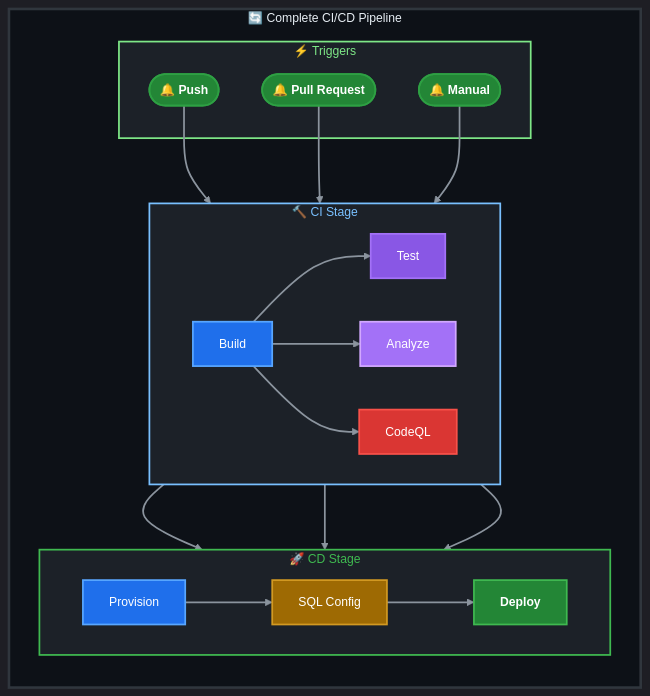
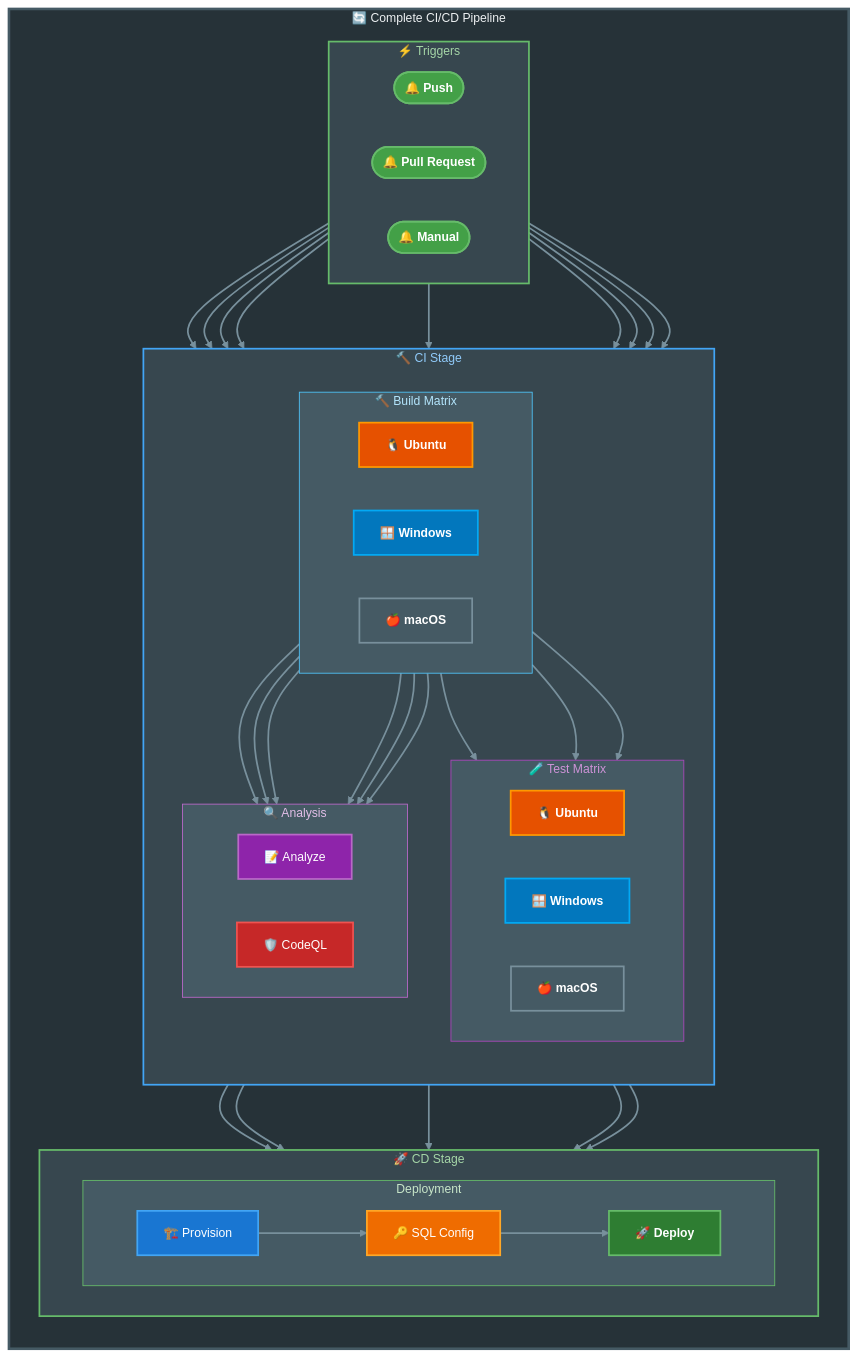
Before and after one commit to Evilazaro/Azure-LogicApps-Monitoring: the second of 2 diagrams in docs/workflows/README.md, drawn with Mermaid.

Commit message:
docs: Enhance pipeline architecture diagrams with improved styling and clarity for better visualization

````diff
--- a/docs/workflows/README.md
+++ b/docs/workflows/README.md
@@ -121,47 +121,86 @@
 ```mermaid
-%%{init: {'theme': 'dark', 'themeVariables': {'fontSize': '14px', 'primaryColor': '#1f6feb', 'lineColor': '#8b949e'}}}%%
+%%{init: {'theme': 'base', 'themeVariables': {'fontSize': '14px', 'primaryColor': '#1976D2', 'lineColor': '#78909C', 'textColor': '#37474F'}}}%%
 flowchart TB
     subgraph pipeline["🔄 Complete CI/CD Pipeline"]
         direction TB
-        style pipeline fill:#0d1117,stroke:#30363d,stroke-width:3px,color:#e6edf3
+        style pipeline fill:#263238,stroke:#455A64,stroke-width:3px,color:#ECEFF1
         
         subgraph triggers["⚡ Triggers"]
-            style triggers fill:#1c2128,stroke:#7ee787,stroke-width:2px,color:#7ee787
+            direction LR
+            style triggers fill:#37474F,stroke:#66BB6A,stroke-width:2px,color:#A5D6A7
             push(["🔔 Push"]):::node-trigger
             pr(["🔔 Pull Request"]):::node-trigger
             manual(["🔔 Manual"]):::node-trigger
         end
         
         subgraph ci["🔨 CI Stage"]
-            direction LR
-            style ci fill:#1c2128,stroke:#79c0ff,stroke-width:2px,color:#79c0ff
-            build["Build"]:::node-build
-            test["Test"]:::node-test
-            analyze["Analyze"]:::node-lint
-            codeql["CodeQL"]:::node-security
+            direction TB
+            style ci fill:#37474F,stroke:#42A5F5,stroke-width:2px,color:#90CAF9
+            subgraph build-matrix["🔨 Build Matrix"]
+                direction LR
+                style build-matrix fill:#455A64,stroke:#4FC3F7,stroke-width:1px,color:#B3E5FC
+                build-ubuntu["🐧 Ubuntu"]:::node-ubuntu
+                build-windows["🪟 Windows"]:::node-windows
+                build-macos["🍎 macOS"]:::node-macos
+            end
+            subgraph test-matrix["🧪 Test Matrix"]
+                direction LR
+                style test-matrix fill:#455A64,stroke:#AB47BC,stroke-width:1px,color:#CE93D8
+                test-ubuntu["🐧 Ubuntu"]:::node-ubuntu
+                test-windows["🪟 Windows"]:::node-windows
+                test-macos["🍎 macOS"]:::node-macos
+            end
+            subgraph analysis["🔍 Analysis"]
+                direction LR
+                style analysis fill:#455A64,stroke:#BA68C8,stroke-width:1px,color:#E1BEE7
+                analyze["📝 Analyze"]:::node-lint
+                codeql["🛡️ CodeQL"]:::node-security
+            end
         end
         
         subgraph cd["🚀 CD Stage"]
             direction LR
-            style cd fill:#1c2128,stroke:#3fb950,stroke-width:2px,color:#3fb950
-            provision["Provision"]:::node-build
-            sql["SQL Config"]:::node-staging
-            deploy["Deploy"]:::node-production
+            style cd fill:#37474F,stroke:#66BB6A,stroke-width:2px,color:#A5D6A7
+            subgraph deployment["Deployment"]
+                direction LR
+                style deployment fill:#455A64,stroke:#66BB6A,stroke-width:1px,color:#C8E6C9
+                provision["🏗️ Provision"]:::node-build
+                sql["🔑 SQL Config"]:::node-staging
+                deploy["🚀 Deploy"]:::node-production
+            end
         end
     end
     
-    push & pr & manual --> build
-    build --> test & analyze & codeql
-    test & analyze & codeql --> provision
+    %% Trigger connections
+    push & pr & manual --> build-ubuntu & build-windows & build-macos
+    
+    %% Build to Test (OS-specific)
+    build-ubuntu --> test-ubuntu
+    build-windows --> test-windows
+    build-macos --> test-macos
+    
+    %% Build to Analysis
+    build-ubuntu & build-windows & build-macos --> analyze & codeql
+    
+    %% CI to CD
+    test-ubuntu & test-windows & test-macos --> provision
+    analyze & codeql --> provision
+    
+    %% CD flow
     provision --> sql --> deploy
     
-    classDef node-trigger fill:#238636,stroke:#2ea043,stroke-width:2px,color:#ffffff,font-weight:bold
-    classDef node-build fill:#1f6feb,stroke:#58a6ff,stroke-width:2px,color:#ffffff
-    classDef node-test fill:#8957e5,stroke:#a371f7,stroke-width:2px,color:#ffffff
-    classDef node-lint fill:#a371f7,stroke:#d2a8ff,stroke-width:2px,color:#ffffff
-    classDef node-security fill:#da3633,stroke:#f85149,stroke-width:2px,color:#ffffff
-    classDef node-staging fill:#9e6a03,stroke:#d29922,stroke-width:2px,color:#ffffff
-    classDef node-production fill:#238636,stroke:#3fb950,stroke-width:2px,color:#ffffff,font-weight:bold
+    %% Material Design Node Classes
+    classDef node-trigger fill:#43A047,stroke:#66BB6A,stroke-width:2px,color:#FFFFFF,font-weight:bold
+    classDef node-build fill:#1976D2,stroke:#42A5F5,stroke-width:2px,color:#FFFFFF
+    classDef node-lint fill:#8E24AA,stroke:#BA68C8,stroke-width:2px,color:#FFFFFF
+    classDef node-security fill:#C62828,stroke:#EF5350,stroke-width:2px,color:#FFFFFF
+    classDef node-staging fill:#EF6C00,stroke:#FFA726,stroke-width:2px,color:#FFFFFF
+    classDef node-production fill:#2E7D32,stroke:#66BB6A,stroke-width:2px,color:#FFFFFF,font-weight:bold
     
-    linkStyle default stroke:#8b949e,stroke-width:2px
+    %% OS-Specific Node Classes (Material Design)
+    classDef node-ubuntu fill:#E65100,stroke:#FF9800,stroke-width:2px,color:#FFFFFF,font-weight:bold
+    classDef node-windows fill:#0277BD,stroke:#03A9F4,stroke-width:2px,color:#FFFFFF,font-weight:bold
+    classDef node-macos fill:#455A64,stroke:#78909C,stroke-width:2px,color:#FFFFFF,font-weight:bold
+    
+    linkStyle default stroke:#78909C,stroke-width:2px
 ```
````
